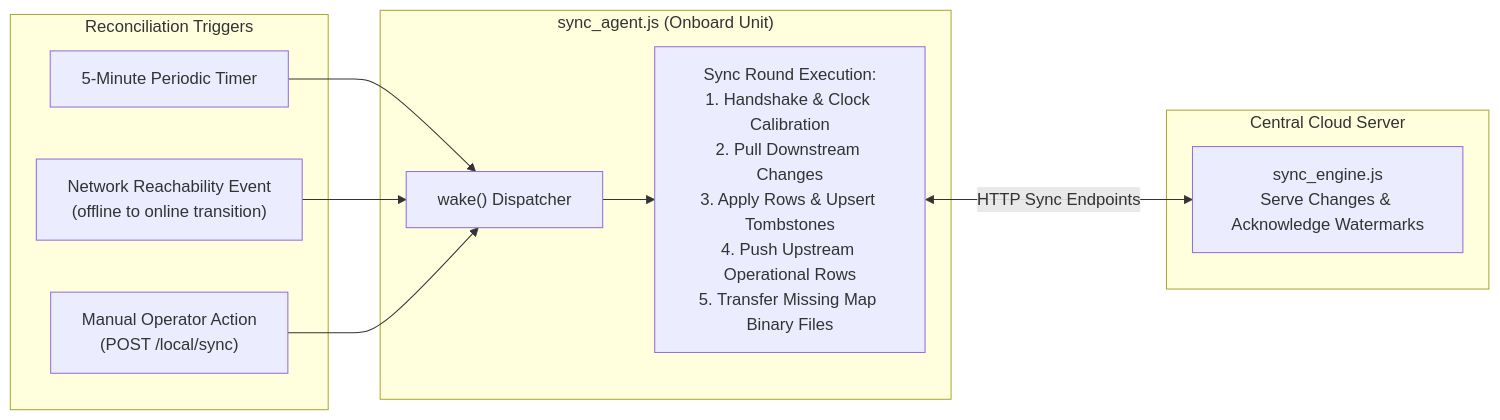
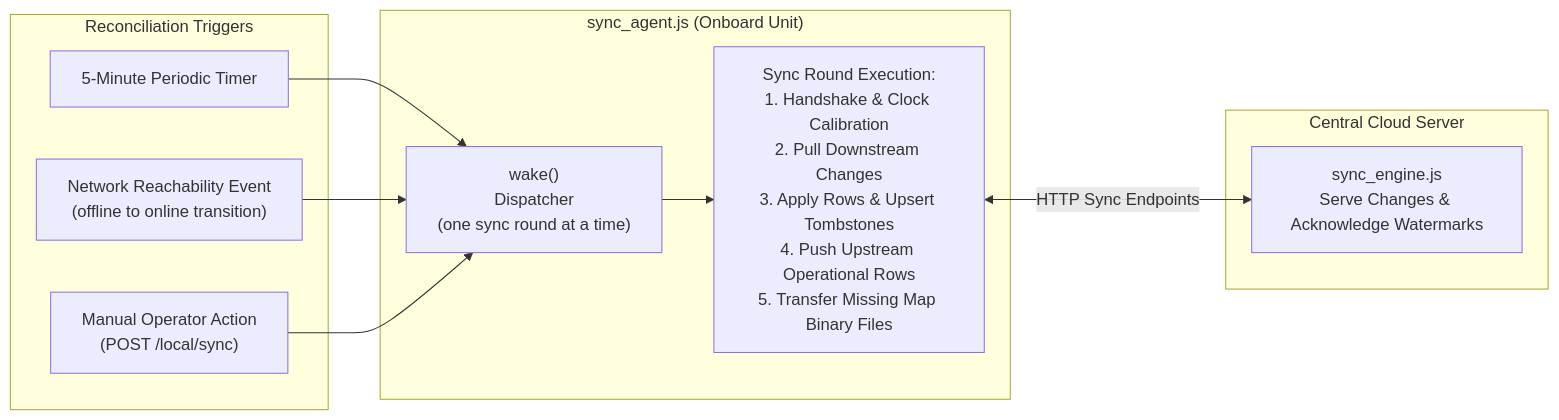
One commit to itbdelaboprogramming/msd700_documentation changed the first of 2 diagrams in docs/development/data-sync.md. Above: the diagram before and after it, drawn with Mermaid. The commit also changed other lines of this file and 340 other files, not shown here.

````diff
--- a/docs/development/data-sync.md
+++ b/docs/development/data-sync.md
@@ -33,23 +33,23 @@
 ```mermaid
 flowchart LR
   subgraph Triggers["Reconciliation Triggers"]
     T1["5-Minute Periodic Timer"]
     T2["Network Reachability Event<br/>(offline to online transition)"]
     T3["Manual Operator Action<br/>(POST /local/sync)"]
   end
 
   subgraph UnitAgent["sync_agent.js (Onboard Unit)"]
-    WAKE["wake() Dispatcher"]
+    WAKE["wake()<br/>Dispatcher<br/>(one sync round at a time)"]
     EXEC["Sync Round Execution:<br/>1. Handshake & Clock Calibration<br/>2. Pull Downstream Changes<br/>3. Apply Rows & Upsert Tombstones<br/>4. Push Upstream Operational Rows<br/>5. Transfer Missing Map Binary Files"]
   end
 
   subgraph CloudServer["Central Cloud Server"]
     RESP["sync_engine.js<br/>Serve Changes & Acknowledge Watermarks"]
   end
 
   T1 --> WAKE
   T2 --> WAKE
   T3 --> WAKE
   WAKE --> EXEC
   EXEC <-->|"HTTP Sync Endpoints"| RESP
 ```
````
